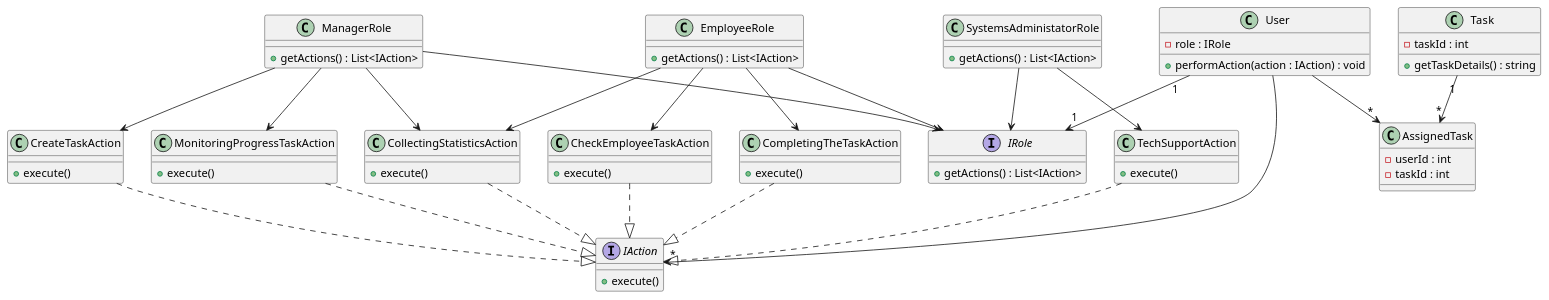
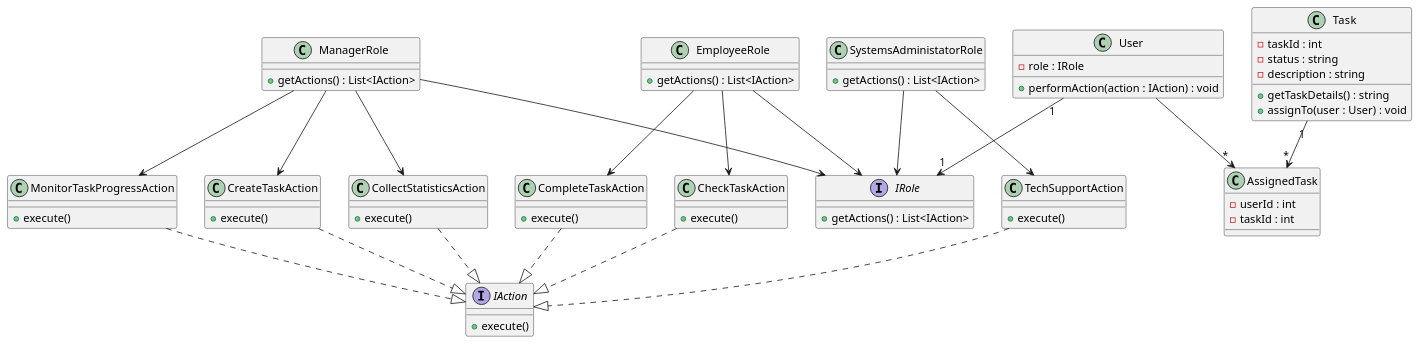
One commit to penamarth/bsbo-01-22_team5_var7 changed the diagram in модель предметной области.md. Above: the diagram before and after it, drawn with PlantUML.

Commit message:
Update модель предметной области.md

````diff
--- a/модель предметной области.md
+++ b/модель предметной области.md
@@ -4,58 +4,55 @@
 interface IRole {
     +getActions() : List<IAction>
 }
+
 ' Конкретные роли
 class ManagerRole {
-    +getActions() : List<IAction> 
+    +getActions() : List<IAction>
 }
 class EmployeeRole {
     +getActions() : List<IAction>
 }
-class SystemsAdministatorRole{
-  +getActions() : List<IAction> 
+class SystemsAdministatorRole {
+    +getActions() : List<IAction>
 }
-' Конкретные роли реализуют интерфейс Role
-ManagerRole  --> IRole
-EmployeeRole  --> IRole
-SystemsAdministatorRole  --> IRole
+' Конкретные роли реализуют интерфейс IRole
+ManagerRole --> IRole
+EmployeeRole --> IRole
+SystemsAdministatorRole --> IRole
 
-
-' Определение интерфейса для общих действий
+' Определение интерфейса для действий
 interface IAction {
     +execute()
 }
 
 ' Конкретные действия
-' Создание задания
 class CreateTaskAction {
     +execute()
 }
-' Сбор статистики
-class CollectingStatisticsAction {
+class CollectStatisticsAction {
     +execute()
 }
-' Техническая поддержка
-class TechSupportAction{
-  +execute()
+class TechSupportAction {
+    +execute()
 }
-' Просмотр задач работником
-class CheckEmployeeTaskAction{
-  +execute()
+class CheckTaskAction {
+    +execute()
 }
-' Выполнение задания
-class CompletingTheTaskAction{
-  +execute()
+class CompleteTaskAction {
+    +execute()
 }
-' Контроль прогресса выполнения задания
-class MonitoringProgressTaskAction{
-  +execute()
+class MonitorTaskProgressAction {
+    +execute()
 }
+
+' Действия реализуют интерфейс IAction
+CreateTaskAction ..|> IAction
+CollectStatisticsAction ..|> IAction
 TechSupportAction ..|> IAction
-CollectingStatisticsAction ..|> IAction
-CreateTaskAction ..|> IAction
-CheckEmployeeTaskAction ..|> IAction
-MonitoringProgressTaskAction  ..|> IAction
-CompletingTheTaskAction ..|> IAction
+CheckTaskAction ..|> IAction
+CompleteTaskAction ..|> IAction
+MonitorTaskProgressAction ..|> IAction
+
 ' Пользователь
 class User {
     -role : IRole
@@ -65,33 +62,33 @@
 ' Задача
 class Task {
     -taskId : int
+    -status : string
+    -description : string
     +getTaskDetails() : string
+    +assignTo(user : User) : void
 }
 
-' Промежуточная таблица для связи пользователя и задачи (с использованием ID)
+' Промежуточная таблица для связи пользователя и задачи
 class AssignedTask {
     -userId : int
     -taskId : int
 }
 
-' Пользователь может выполнять действия, основываясь на своей роли
-User "1" --> "1" IRole 
-User --> "*" IAction 
-User --> "*" AssignedTask 
+' Связь пользователя с ролью
+User "1" --> "1" IRole
+User --> "*" AssignedTask
 
 ' Связь задачи с промежуточной таблицей
-Task "1" --> "*" AssignedTask 
+Task "1" --> "*" AssignedTask
 
-' Реализация проверки действий для менеджера
-ManagerRole --> CreateTaskAction 
-ManagerRole --> CollectingStatisticsAction 
-ManagerRole --> MonitoringProgressTaskAction
-' Реализация проверки действий для сотрудника
-EmployeeRole --> CollectingStatisticsAction 
-EmployeeRole --> CheckEmployeeTaskAction
-EmployeeRole --> CompletingTheTaskAction
-' Реализация проверки действий для системного админа
-SystemsAdministatorRole --> TechSupportAction 
+' Пример связи ролей с действиями через интерфейс
+ManagerRole --> CreateTaskAction
+ManagerRole --> CollectStatisticsAction
+ManagerRole --> MonitorTaskProgressAction
 
+EmployeeRole --> CheckTaskAction
+EmployeeRole --> CompleteTaskAction
+
+SystemsAdministatorRole --> TechSupportAction
 @enduml
 ```
````
